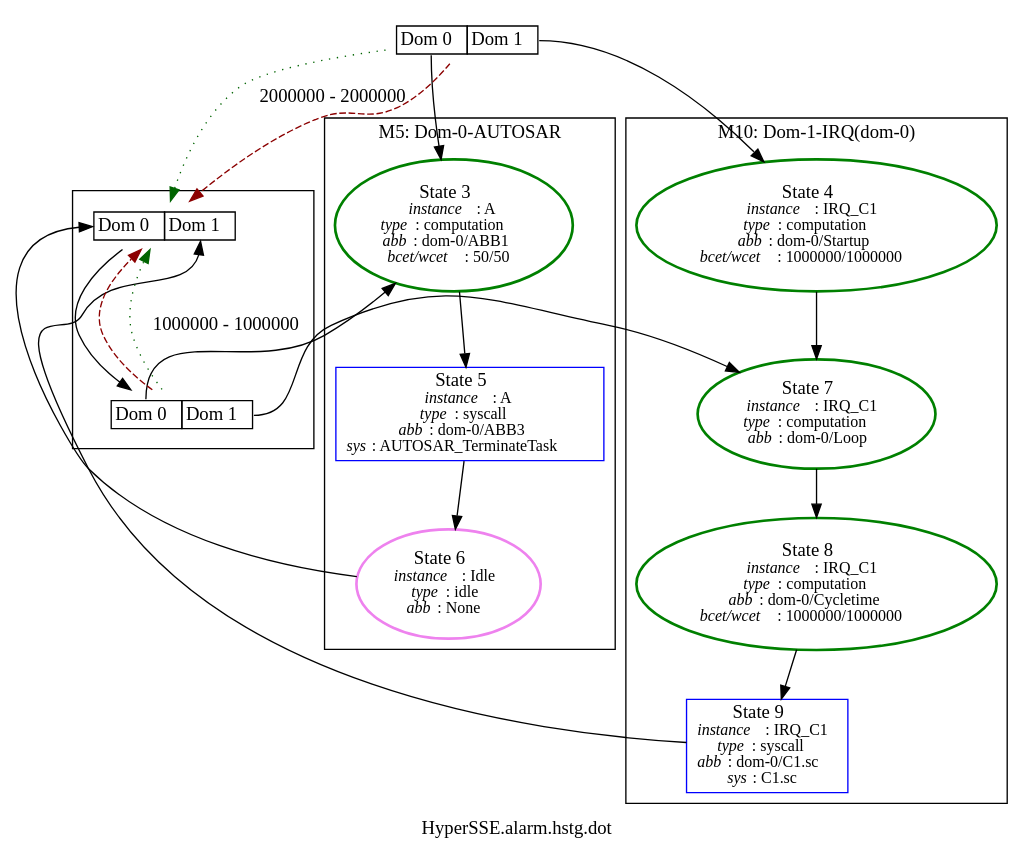
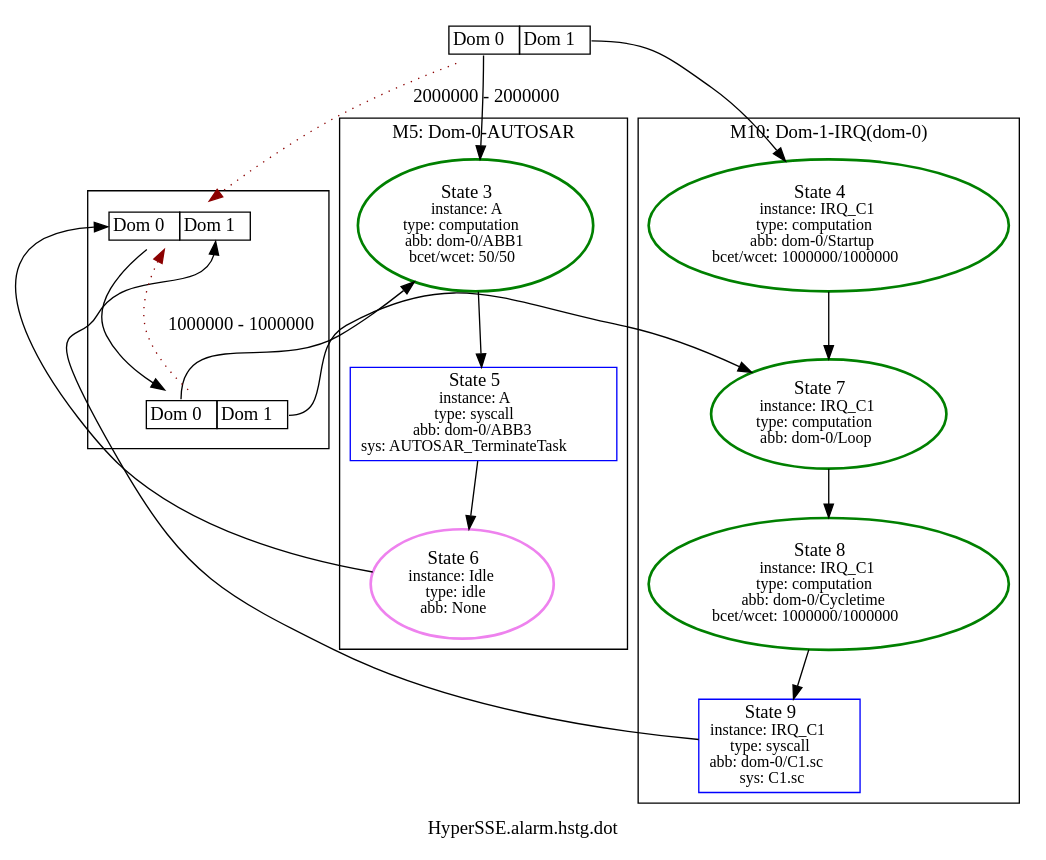
The diagram in appl/Xen/alarm/HyperSSE.alarm.hstg.dot (luhsra/ara), drawn with Graphviz before and after one commit. The commit also changed 47 other files, not shown here.

```diff
--- a/appl/Xen/alarm/HyperSSE.alarm.hstg.dot
+++ b/appl/Xen/alarm/HyperSSE.alarm.hstg.dot
@@ -1,41 +1,39 @@
 digraph G {
 label="HyperSSE.alarm.hstg.dot";
 1 [label=<<TABLE BORDER="0" CELLBORDER="1" CELLSPACING="0"><TR><TD PORT="c0">Dom 0</TD><TD PORT="c1">Dom 1</TD></TR></TABLE>>, shape=plaintext, tooltip=1];
 subgraph cluster_5 {
 label="M5: Dom-0-AUTOSAR";
-2 [color=green, fontsize=14, label=<State 3<br/><font point-size='12'><i>instance</i>: A<br/><i>type</i>: computation<br/><i>abb</i>: dom-0/ABB1<br/><i>bcet/wcet</i>: 50/50</font>>, style=bold, tooltip=2];
-3 [color=blue, fontsize=14, label=<State 5<br/><font point-size='12'><i>instance</i>: A<br/><i>type</i>: syscall<br/><i>abb</i>: dom-0/ABB3<br/><i>sys</i>: AUTOSAR_TerminateTask</font>>, shape=box, tooltip=3];
-4 [color=violet, fontsize=14, label=<State 6<br/><font point-size='12'><i>instance</i>: Idle<br/><i>type</i>: idle<br/><i>abb</i>: None</font>>, style=bold, tooltip=4];
+2 [color=green, fontsize=14, label=<State 3<br/><font point-size='12'>instance: A<br/>type: computation<br/>abb: dom-0/ABB1<br/>bcet/wcet: 50/50</font>>, style=bold, tooltip=2];
+3 [color=blue, fontsize=14, label=<State 5<br/><font point-size='12'>instance: A<br/>type: syscall<br/>abb: dom-0/ABB3<br/>sys: AUTOSAR_TerminateTask</font>>, shape=box, tooltip=3];
+4 [color=violet, fontsize=14, label=<State 6<br/><font point-size='12'>instance: Idle<br/>type: idle<br/>abb: None</font>>, style=bold, tooltip=4];
 }
 
 subgraph cluster_10 {
 label="M10: Dom-1-IRQ(dom-0)";
-8 [color=green, fontsize=14, label=<State 8<br/><font point-size='12'><i>instance</i>: IRQ_C1<br/><i>type</i>: computation<br/><i>abb</i>: dom-0/Cycletime<br/><i>bcet/wcet</i>: 1000000/1000000</font>>, style=bold, tooltip=8];
-9 [color=blue, fontsize=14, label=<State 9<br/><font point-size='12'><i>instance</i>: IRQ_C1<br/><i>type</i>: syscall<br/><i>abb</i>: dom-0/C1.sc<br/><i>sys</i>: C1.sc</font>>, shape=box, tooltip=9];
-6 [color=green, fontsize=14, label=<State 4<br/><font point-size='12'><i>instance</i>: IRQ_C1<br/><i>type</i>: computation<br/><i>abb</i>: dom-0/Startup<br/><i>bcet/wcet</i>: 1000000/1000000</font>>, style=bold, tooltip=6];
-7 [color=green, fontsize=14, label=<State 7<br/><font point-size='12'><i>instance</i>: IRQ_C1<br/><i>type</i>: computation<br/><i>abb</i>: dom-0/Loop</font>>, style=bold, tooltip=7];
+8 [color=green, fontsize=14, label=<State 8<br/><font point-size='12'>instance: IRQ_C1<br/>type: computation<br/>abb: dom-0/Cycletime<br/>bcet/wcet: 1000000/1000000</font>>, style=bold, tooltip=8];
+9 [color=blue, fontsize=14, label=<State 9<br/><font point-size='12'>instance: IRQ_C1<br/>type: syscall<br/>abb: dom-0/C1.sc<br/>sys: C1.sc</font>>, shape=box, tooltip=9];
+6 [color=green, fontsize=14, label=<State 4<br/><font point-size='12'>instance: IRQ_C1<br/>type: computation<br/>abb: dom-0/Startup<br/>bcet/wcet: 1000000/1000000</font>>, style=bold, tooltip=6];
+7 [color=green, fontsize=14, label=<State 7<br/><font point-size='12'>instance: IRQ_C1<br/>type: computation<br/>abb: dom-0/Loop</font>>, style=bold, tooltip=7];
 }
 
 subgraph cluster_Metasync11 {
 label="";
 11 [label=<<TABLE BORDER="0" CELLBORDER="1" CELLSPACING="0"><TR><TD PORT="c0">Dom 0</TD><TD PORT="c1">Dom 1</TD></TR></TABLE>>, shape=plaintext, tooltip=11];
 12 [label=<<TABLE BORDER="0" CELLBORDER="1" CELLSPACING="0"><TR><TD PORT="c0">Dom 0</TD><TD PORT="c1">Dom 1</TD></TR></TABLE>>, shape=plaintext, tooltip=12];
 }
 
 1:c0 -> 2  [color=black];
 1:c1 -> 6  [color=black];
-1 -> 11  [color=darkred, style=dashed];
-1 -> 11  [color=darkgreen, label="2000000 - 2000000", style=dotted];
+1 -> 11  [color=darkred, label="2000000 - 2000000", style=dotted];
 2 -> 3  [color=black];
 3 -> 4  [color=black];
 4 -> 11:c0  [color=black];
 6 -> 7  [color=black];
 7 -> 8  [color=black];
 8 -> 9  [color=black];
 9 -> 11:c1  [color=black];
 11 -> 12  [color=black];
 12:c1 -> 7  [color=black];
 12:c0 -> 2  [color=black];
-12 -> 11  [color=darkred, style=dashed];
-12 -> 11  [color=darkgreen, label="1000000 - 1000000", style=dotted];
+12 -> 11  [color=darkred, label="1000000 - 1000000", style=dotted];
 }
```
